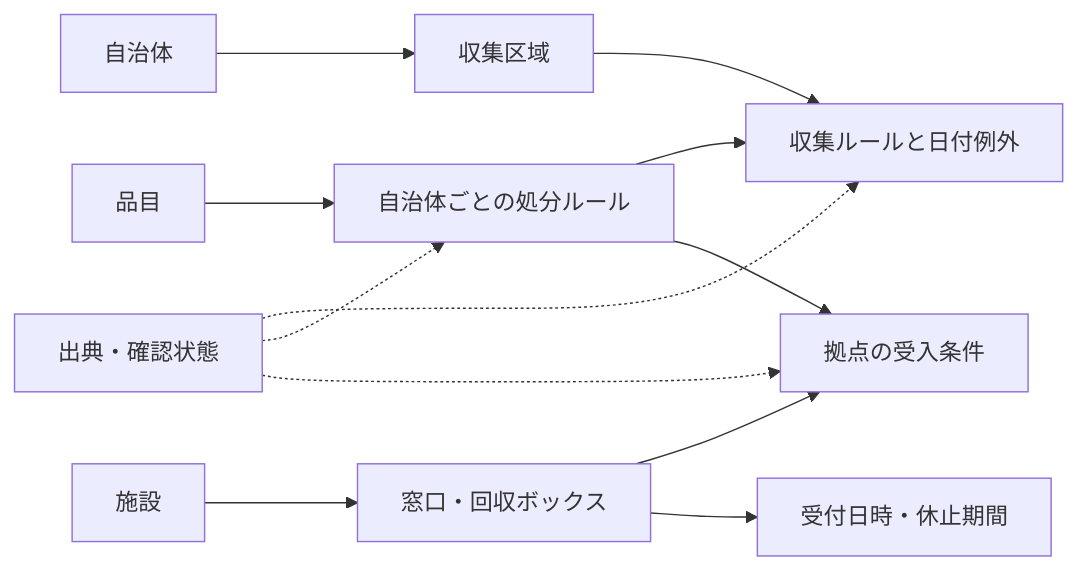
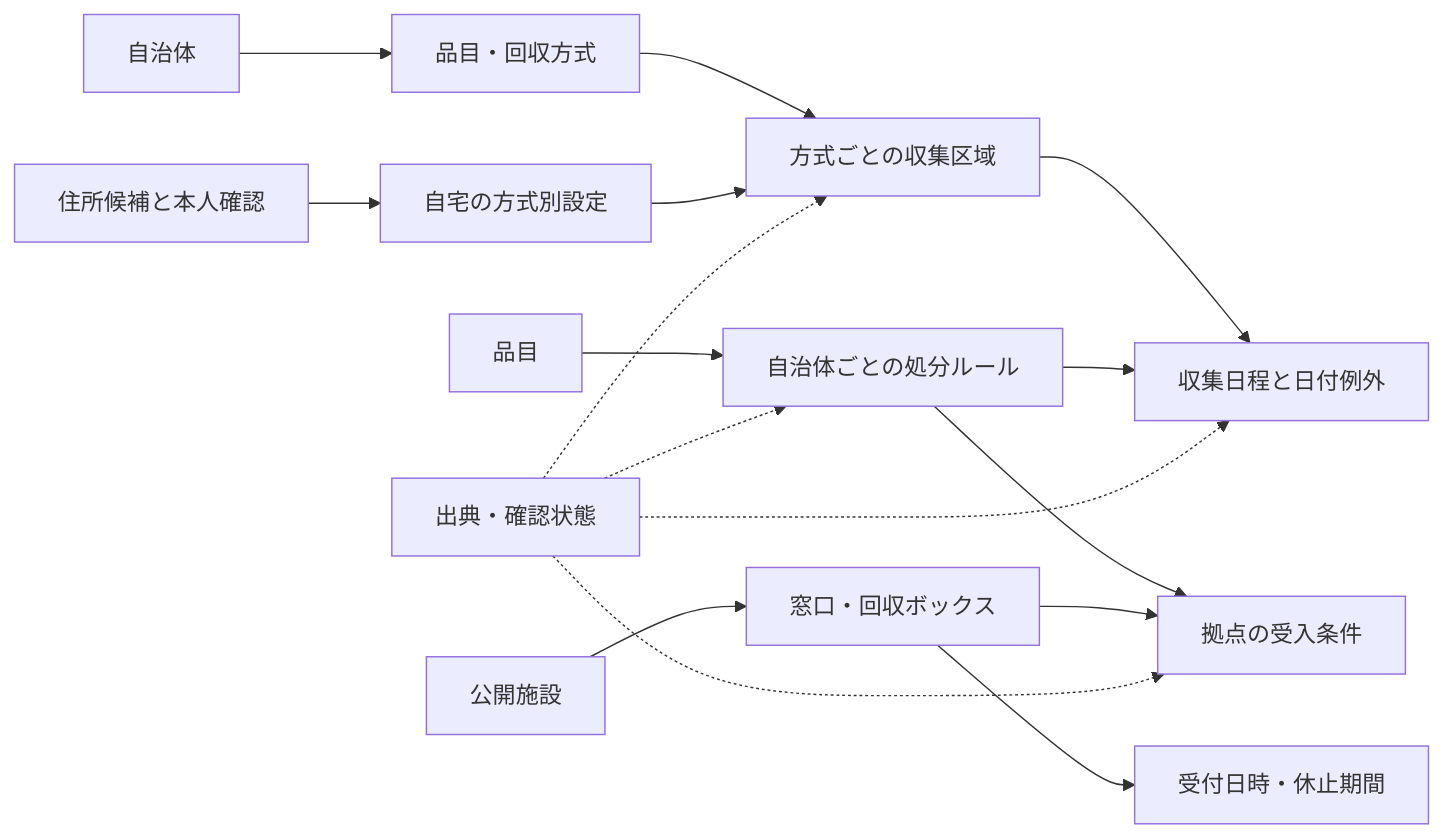
One commit to oukiito/gomimap changed the diagram in docs/data-design.md. Above: the diagram before and after it, drawn with Mermaid. The commit also changed other lines of this file and 11 other files, not shown here.

````diff
--- a/docs/data-design.md
+++ b/docs/data-design.md
@@ -30,14 +34,18 @@
 ```mermaid
 flowchart LR
-    M[自治体] --> A[収集区域]
-    A --> C[収集ルールと日付例外]
+    M[自治体] --> CS[品目・回収方式]
+    CS --> A[方式ごとの収集区域]
+    Q[住所候補と本人確認] --> H[自宅の方式別設定]
+    H --> A
+    A --> C[収集日程と日付例外]
     I[品目] --> D[自治体ごとの処分ルール]
     D --> C
     D --> R[拠点の受入条件]
-    F[施設] --> S[窓口・回収ボックス]
+    F[公開施設] --> S[窓口・回収ボックス]
     S --> R
     S --> T[受付日時・休止期間]
-    E[出典・確認状態] -.-> C
+    E[出典・確認状態] -.-> A
+    E -.-> C
     E -.-> D
     E -.-> R
 ```
````
